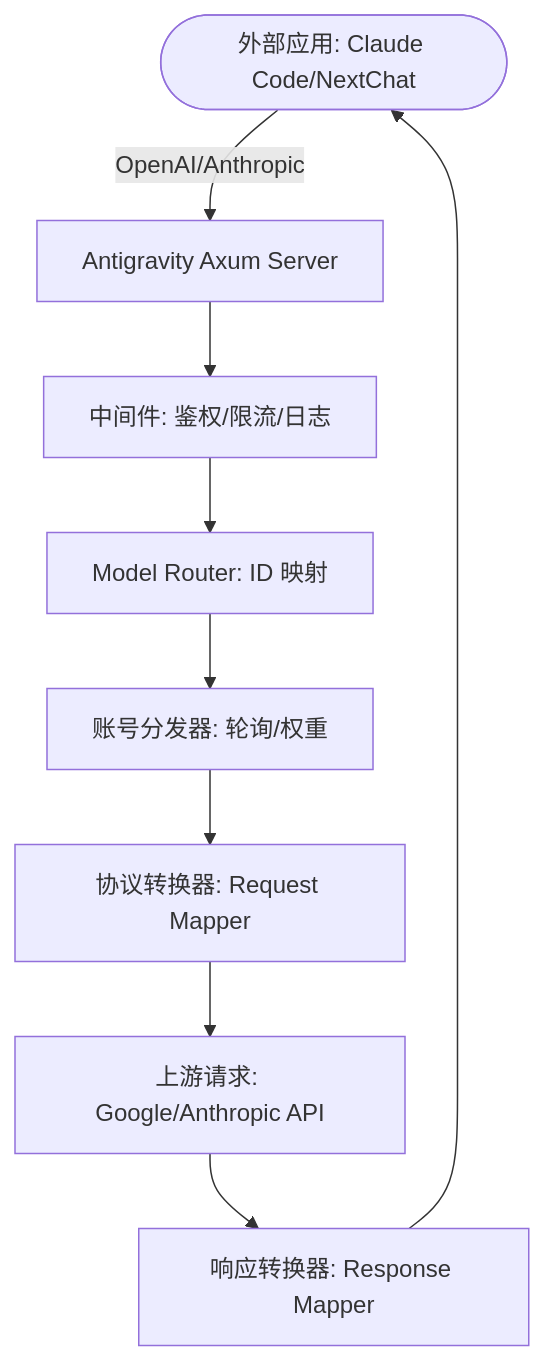
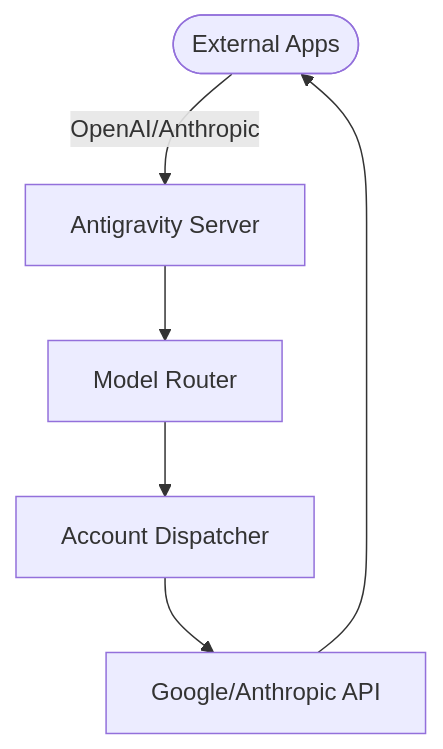
The diagram in README.md (Vaquerosx/Antigravityy-manager-setup), drawn with Mermaid before and after one commit. The commit also changed other lines of this file, not shown here.

````diff
--- a/README.md
+++ b/README.md
@@ -102,11 +115,8 @@
 ```mermaid
 graph TD
-    Client([外部应用: Claude Code/NextChat]) -->|OpenAI/Anthropic| Gateway[Antigravity Axum Server]
-    Gateway --> Middleware[中间件: 鉴权/限流/日志]
-    Middleware --> Router[Model Router: ID 映射]
-    Router --> Dispatcher[账号分发器: 轮询/权重]
-    Dispatcher --> Mapper[协议转换器: Request Mapper]
-    Mapper --> Upstream[上游请求: Google/Anthropic API]
-    Upstream --> ResponseMapper[响应转换器: Response Mapper]
-    ResponseMapper --> Client
+    Client([External Apps]) -->|OpenAI/Anthropic| Gateway[Antigravity Server]
+    Gateway --> Router[Model Router]
+    Router --> Dispatcher[Account Dispatcher]
+    Dispatcher --> Upstream[Google/Anthropic API]
+    Upstream --> Client
 ```
````
